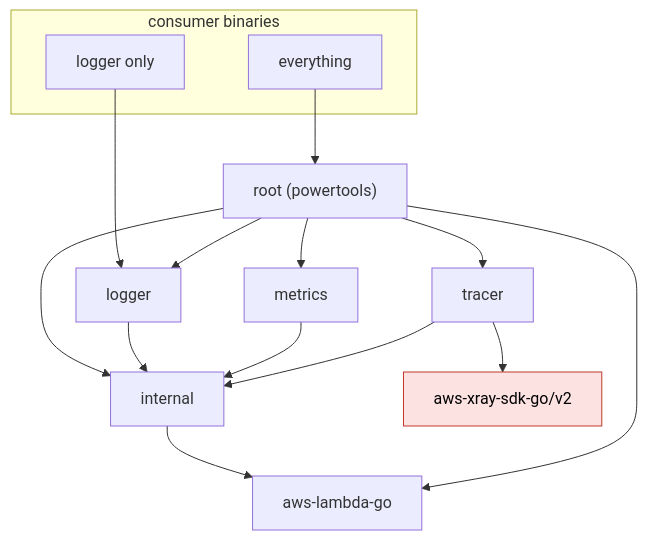
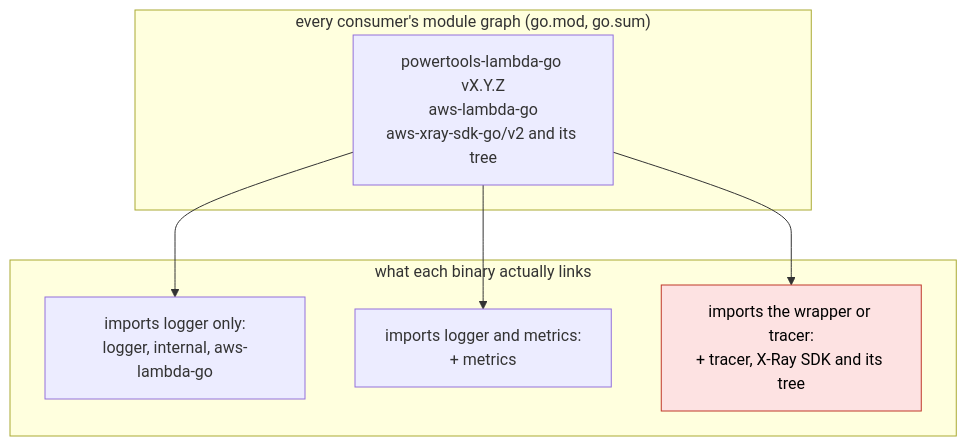
One commit to christiangda/powertools-lambda-go-plan changed the first of 9 diagrams in 01-architecture.md. Above: the diagram before and after it, drawn with Mermaid. The commit also changed other lines of this file and 9 other files, not shown here.

Commit message:
One module and one version for every component

````diff
--- a/01-architecture.md
+++ b/01-architecture.md
@@ -62,18 +61,16 @@
 ```mermaid
 flowchart TB
-  subgraph consumers["consumer binaries"]
-    c1["logger only"]
-    c2["everything"]
+  subgraph graph["every consumer's module graph (go.mod, go.sum)"]
+    g["powertools-lambda-go vX.Y.Z<br/>aws-lambda-go<br/>aws-xray-sdk-go/v2 and its tree"]
   end
-  c1 --> logger
-  c2 --> root
-  root["root (powertools)"] --> logger & metrics & tracer & internal
-  logger --> internal
-  metrics --> internal
-  tracer --> internal
-  tracer --> xray["aws-xray-sdk-go/v2"]
-  internal --> lambdago["aws-lambda-go"]
-  root --> lambdago
+  subgraph binaries["what each binary actually links"]
+    b1["imports logger only:<br/>logger, internal, aws-lambda-go"]
+    b2["imports logger and metrics:<br/>+ metrics"]
+    b3["imports the wrapper or tracer:<br/>+ tracer, X-Ray SDK and its tree"]
+  end
+  g --> b1
+  g --> b2
+  g --> b3
   classDef heavy fill:#fde2e2,stroke:#c0392b,color:#000;
-  class xray heavy;
+  class b3 heavy;
 ```
````
